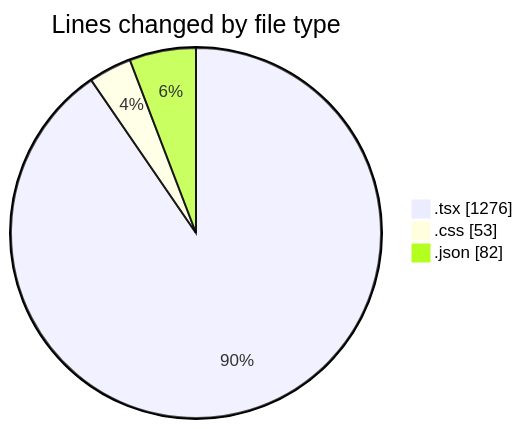
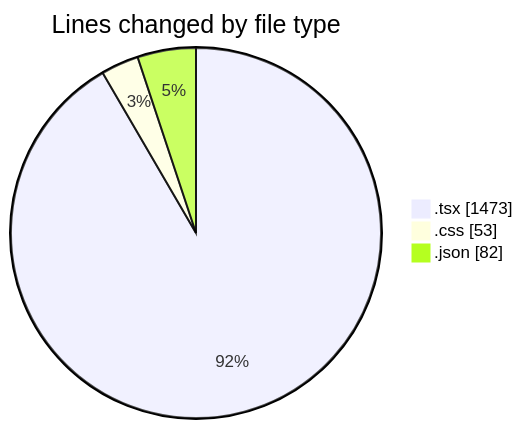
The first of 2 diagrams in 2025-04-10/product-page/README.md (Elitesun/code-tracking), drawn with Mermaid before and after one commit. The commit also changed other lines of this file and 1 other file, not shown here.

````diff
--- a/2025-04-10/product-page/README.md
+++ b/2025-04-10/product-page/README.md
@@ -33,7 +33,7 @@
 ```mermaid
 pie showData
 title Lines changed by file type
-".tsx" : 1276
+".tsx" : 1473
 ".css" : 53
 ".json" : 82
 ```
````
